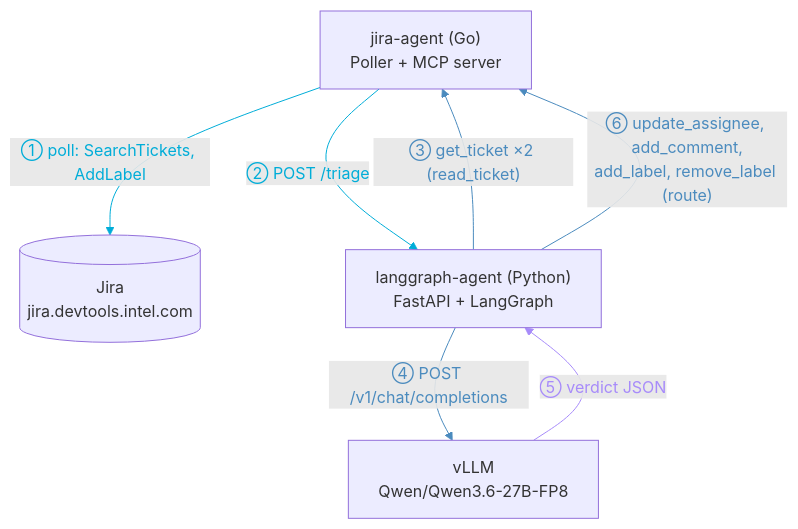
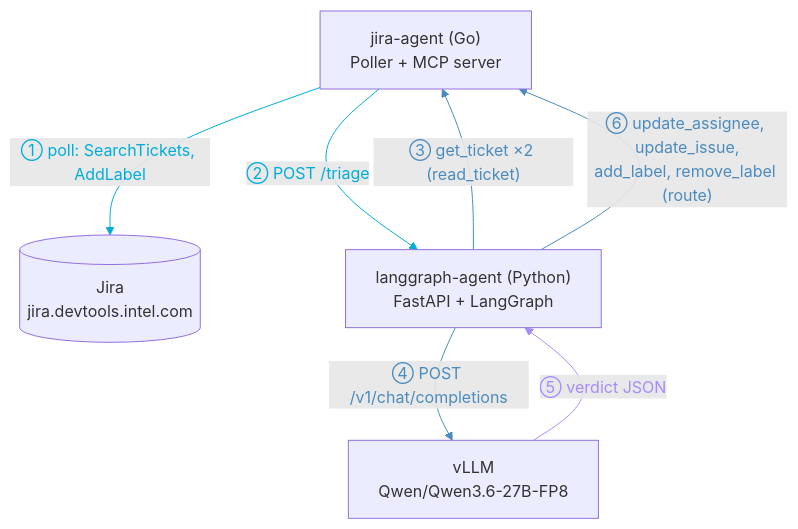
Before and after one commit to DorWeinstock/jira-triage-agent: the diagram in README.md, drawn with Mermaid. The commit also changed other lines of this file and 6 other files, not shown here.

````diff
--- a/README.md
+++ b/README.md
@@ -43,18 +43,18 @@
 ```mermaid
 flowchart TB
     Jira[("Jira<br/>jira.devtools.intel.com")]
     JA["jira-agent (Go)<br/>Poller + MCP server"]
     LA["langgraph-agent (Python)<br/>FastAPI + LangGraph"]
     VLLM["vLLM<br/>Qwen/Qwen3.6-27B-FP8"]
 
     JA -- "① poll: SearchTickets, AddLabel" --> Jira
     JA -- "② POST /triage" --> LA
     LA -- "③ get_ticket ×2 (read_ticket)" --> JA
     LA -- "④ POST /v1/chat/completions" --> VLLM
     VLLM -- "⑤ verdict JSON" --> LA
-    LA -- "⑥ update_assignee, add_comment,<br/>add_label, remove_label (route)" --> JA
+    LA -- "⑥ update_assignee, update_issue,<br/>add_label, remove_label (route)" --> JA
 
     linkStyle 0,1 stroke:#00ADD8,color:#00ADD8
     linkStyle 2,3,5 stroke:#4B8BBE,color:#4B8BBE
     linkStyle 4 stroke:#a78bfa,color:#a78bfa
 ```
````
